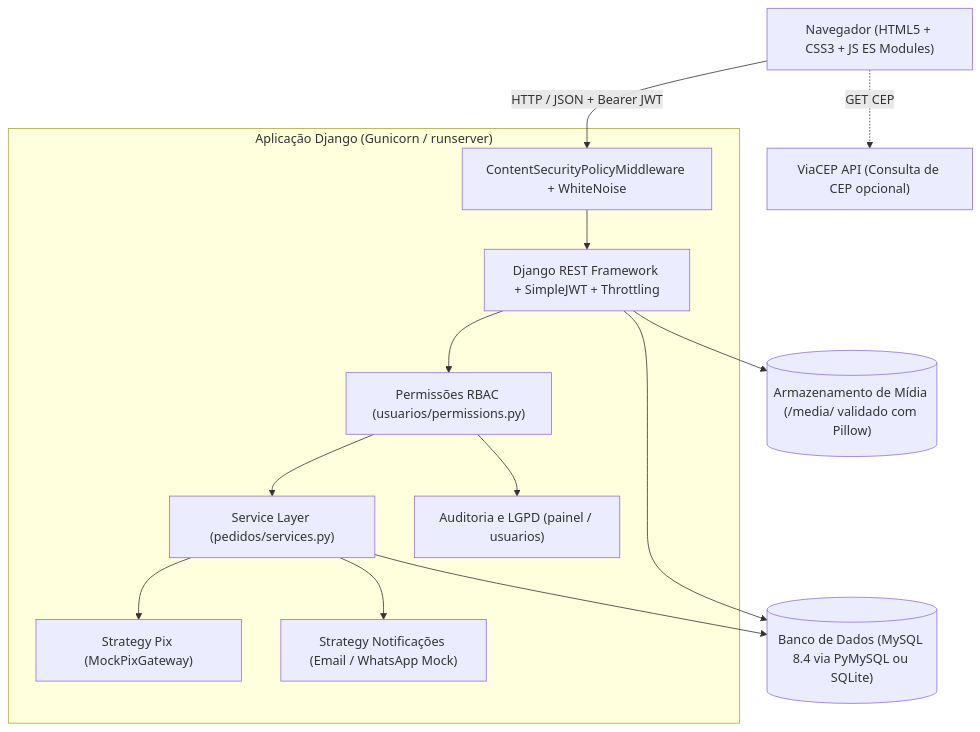
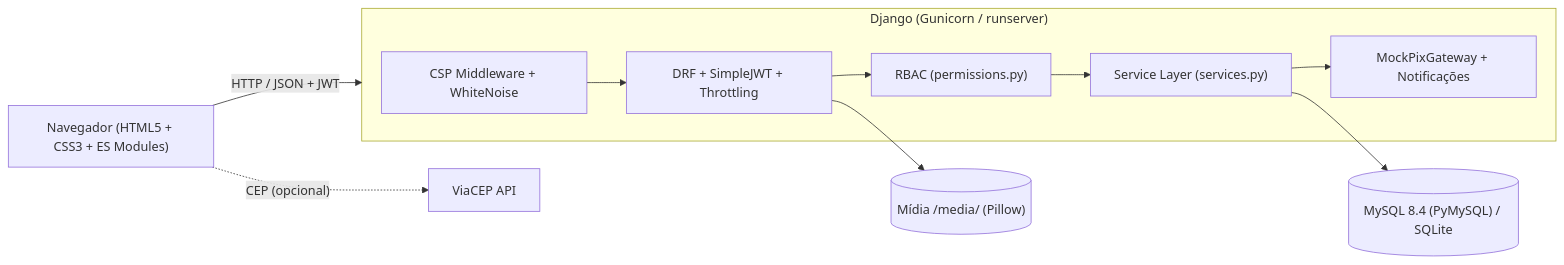
The first of 2 diagrams in README.md (Enio-Antonio/Feira-Virtual), drawn with Mermaid before and after one commit. The commit also changed other lines of this file and 1 other file, not shown here.

````diff
--- a/README.md
+++ b/README.md
@@ -418,30 +201,13 @@
 ```mermaid
-flowchart TB
-    Browser["Navegador (HTML5 + CSS3 + JS ES Modules)"]
-    ViaCEP["ViaCEP API (Consulta de CEP opcional)"]
-
-    subgraph App["Aplicação Django (Gunicorn / runserver)"]
-        CSP["ContentSecurityPolicyMiddleware + WhiteNoise"]
-        DRF["Django REST Framework + SimpleJWT + Throttling"]
-        Perms["Permissões RBAC (usuarios/permissions.py)"]
-        Services["Service Layer (pedidos/services.py)"]
-        Pix["Strategy Pix (MockPixGateway)"]
-        Notif["Strategy Notificações (Email / WhatsApp Mock)"]
-        Audit["Auditoria e LGPD (painel / usuarios)"]
+flowchart LR
+    Browser["Navegador (HTML5 + CSS3 + ES Modules)"] -->|"HTTP / JSON + JWT"| App
+    Browser -.->|"CEP (opcional)"| ViaCEP["ViaCEP API"]
+    subgraph App["Django (Gunicorn / runserver)"]
+        CSP["CSP Middleware + WhiteNoise"] --> DRF["DRF + SimpleJWT + Throttling"]
+        DRF --> Perms["RBAC (permissions.py)"]
+        Perms --> Services["Service Layer (services.py)"]
+        Services --> Gateways["MockPixGateway + Notificações"]
     end
-
-    DB[("Banco de Dados (MySQL 8.4 via PyMySQL ou SQLite)")]
-    Media[("Armazenamento de Mídia (/media/ validado com Pillow)")]
-
-    Browser -->|"HTTP / JSON + Bearer JWT"| CSP
-    Browser -.->|"GET CEP"| ViaCEP
-    CSP --> DRF
-    DRF --> Perms
-    Perms --> Services
-    Perms --> Audit
-    Services --> Pix
-    Services --> Notif
-    Services --> DB
-    DRF --> DB
-    DRF --> Media
+    Services --> DB[("MySQL 8.4 (PyMySQL) / SQLite")]
+    DRF --> Media[("Mídia /media/ (Pillow)")]
 ```
````
